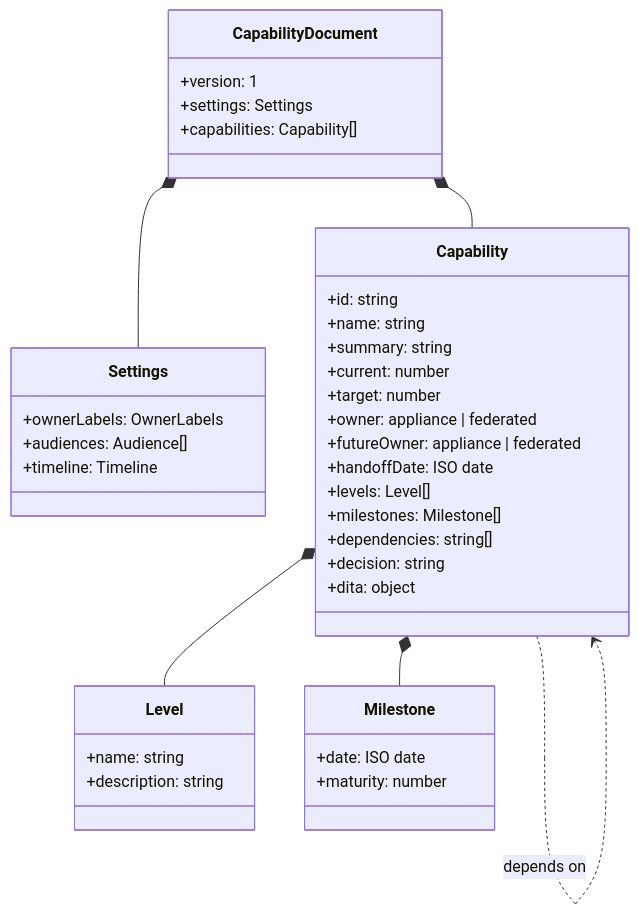
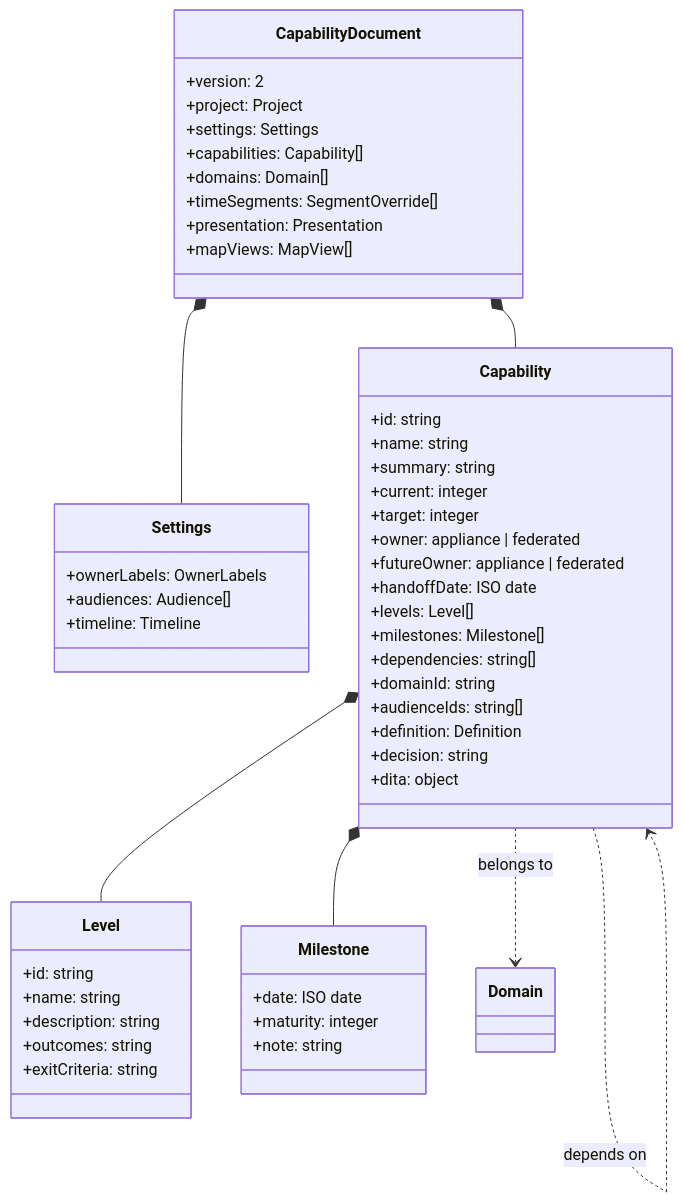
The second of 7 diagrams in site/guide.md (mattbriggs/Capabilty-Matrix-App), drawn with Mermaid before and after one commit. The commit also changed other lines of this file and 110 other files, not shown here.

````diff
--- a/site/guide.md
+++ b/site/guide.md
@@ -81,41 +81,54 @@
 ```mermaid
 classDiagram
     class CapabilityDocument {
-      +version: 1
+      +version: 2
+      +project: Project
       +settings: Settings
       +capabilities: Capability[]
+      +domains: Domain[]
+      +timeSegments: SegmentOverride[]
+      +presentation: Presentation
+      +mapViews: MapView[]
     }
     class Settings {
       +ownerLabels: OwnerLabels
       +audiences: Audience[]
       +timeline: Timeline
     }
     class Capability {
       +id: string
       +name: string
       +summary: string
-      +current: number
-      +target: number
+      +current: integer
+      +target: integer
       +owner: appliance | federated
       +futureOwner: appliance | federated
       +handoffDate: ISO date
       +levels: Level[]
       +milestones: Milestone[]
       +dependencies: string[]
+      +domainId: string
+      +audienceIds: string[]
+      +definition: Definition
       +decision: string
       +dita: object
     }
     class Level {
+      +id: string
       +name: string
       +description: string
+      +outcomes: string
+      +exitCriteria: string
     }
     class Milestone {
       +date: ISO date
-      +maturity: number
+      +maturity: integer
+      +note: string
     }
     CapabilityDocument *-- Settings
     CapabilityDocument *-- Capability
     Capability *-- Level
     Capability *-- Milestone
     Capability ..> Capability : depends on
+    Capability ..> Domain : belongs to
 ```
````
